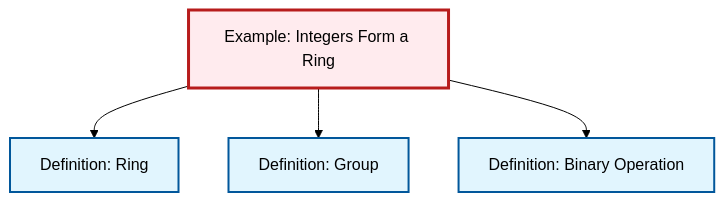
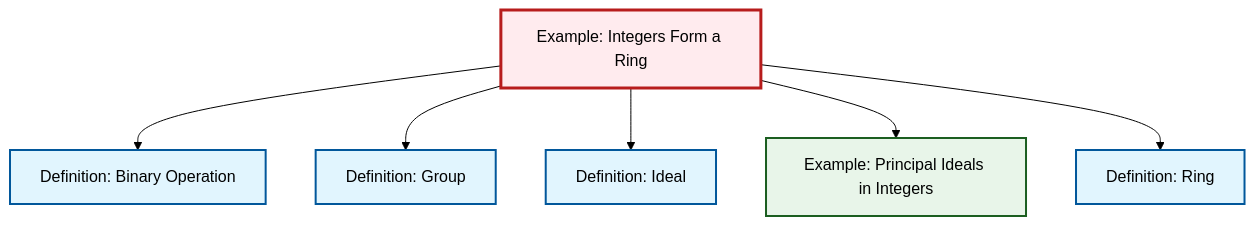
One commit to RK0429/ModernMath changed the diagram in content/en/algebra/ex-integers-ring.qmd. Above: the diagram before and after it, drawn with Mermaid (forest theme). The commit also changed 530 other files, not shown here.

````diff
--- a/content/en/algebra/ex-integers-ring.qmd
+++ b/content/en/algebra/ex-integers-ring.qmd
@@ -63,20 +63,26 @@
 ```{mermaid}
 %%| fig-cap: "Local dependency graph"
 graph TD
     classDef definition fill:#e1f5fe,stroke:#01579b,stroke-width:2px
     classDef theorem fill:#f3e5f5,stroke:#4a148c,stroke-width:2px
     classDef axiom fill:#fff3e0,stroke:#e65100,stroke-width:2px
     classDef example fill:#e8f5e9,stroke:#1b5e20,stroke-width:2px
     classDef current fill:#ffebee,stroke:#b71c1c,stroke-width:3px
+    def-ideal["Definition: Ideal"]:::definition
     def-group["Definition: Group"]:::definition
+    def-ring["Definition: Ring"]:::definition
+    ex-principal-ideal["Example: Principal Ideals in Integers"]:::example
     ex-integers-ring["Example: Integers Form a Ring"]:::example
     def-binary-operation["Definition: Binary Operation"]:::definition
-    def-ring["Definition: Ring"]:::definition
+    ex-integers-ring --> def-binary-operation
+    ex-integers-ring --> def-group
+    ex-integers-ring --> def-ideal
+    ex-integers-ring --> ex-principal-ideal
     ex-integers-ring --> def-ring
-    ex-integers-ring --> def-group
-    ex-integers-ring --> def-binary-operation
     class ex-integers-ring current
+    click def-ideal "def-ideal.html" "Go to Ideal definition"
     click def-group "def-group.html" "Go to Group definition"
+    click def-ring "def-ring.html" "Go to Ring definition"
+    click ex-principal-ideal "ex-principal-ideal.html" "Go to Principal Ideals in Integers example"
     click def-binary-operation "def-binary-operation.html" "Go to Binary Operation definition"
-    click def-ring "def-ring.html" "Go to Ring definition"
 ```
````
